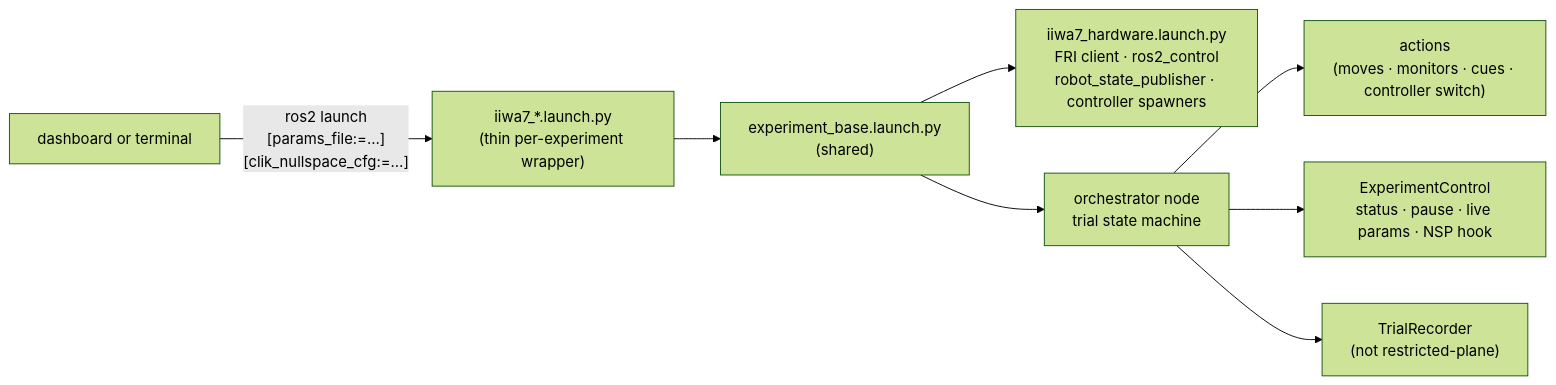
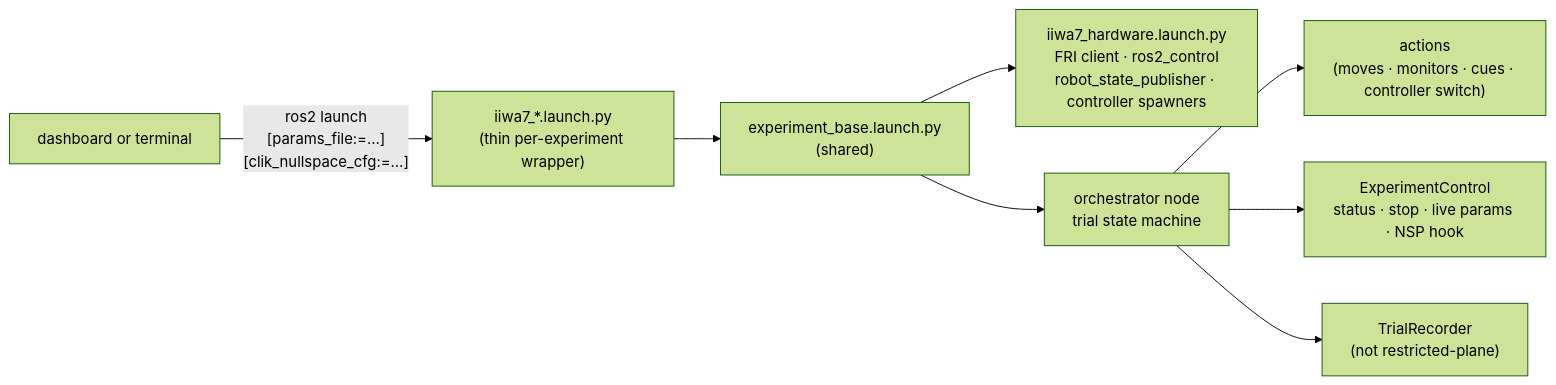
Before and after one commit to sinthlab/sinthlab-kuka-stack: the second of 9 diagrams in README.md, drawn with Mermaid (forest theme). The commit also changed other lines of this file and 20 other files, not shown here.

````diff
--- a/README.md
+++ b/README.md
@@ -1647,10 +1634,10 @@
 ```mermaid
 flowchart LR
     D["dashboard or terminal"] -- "ros2 launch<br/>[params_file:=…]<br/>[clik_nullspace_cfg:=…]" --> L["iiwa7_*.launch.py<br/>(thin per-experiment wrapper)"]
     L --> B["experiment_base.launch.py<br/>(shared)"]
     B --> HW["iiwa7_hardware.launch.py<br/>FRI client · ros2_control<br/>robot_state_publisher · controller spawners"]
     B --> O["orchestrator node<br/>trial state machine"]
     O --> A["actions<br/>(moves · monitors · cues · controller switch)"]
-    O --> C["ExperimentControl<br/>status · pause · live params · NSP hook"]
+    O --> C["ExperimentControl<br/>status · stop · live params · NSP hook"]
     O --> R["TrialRecorder<br/>(not restricted-plane)"]
 ```
````
